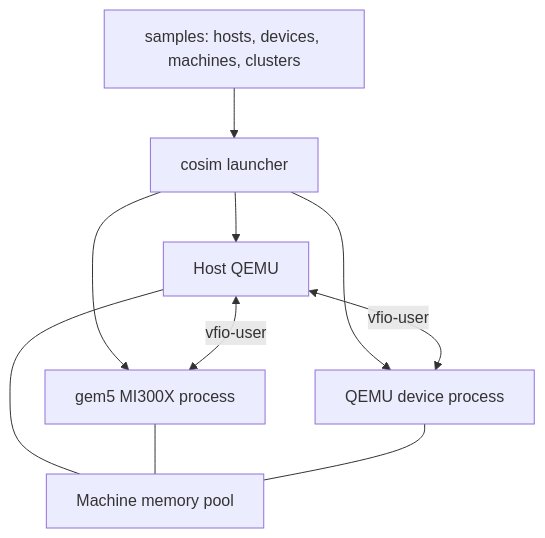
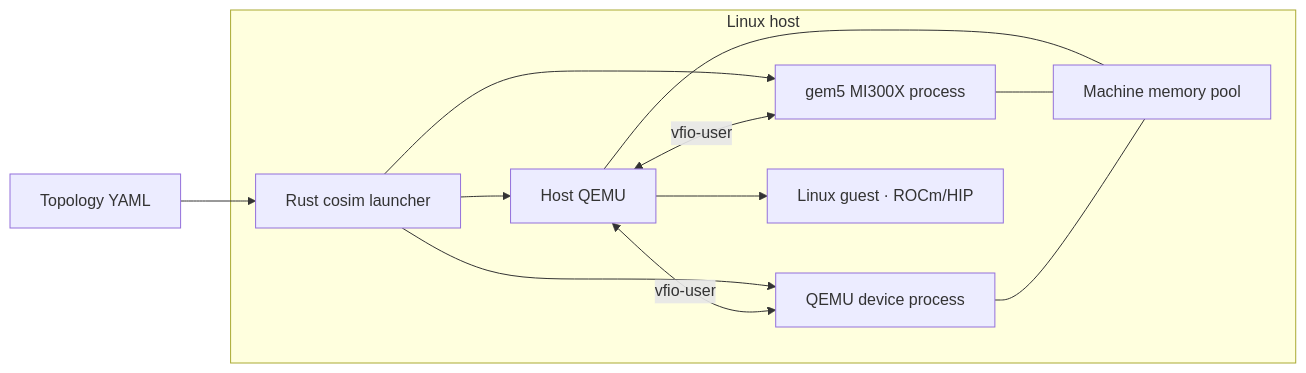
One commit to chengchen512/cosim-gpu changed the diagram in README.md. Above: the diagram before and after it, drawn with Mermaid. The commit also changed other lines of this file and 1 other file, not shown here.

````diff
--- a/README.md
+++ b/README.md
@@ -10,12 +33,16 @@
-```mermaid
-flowchart TD
-    YAML[samples: hosts, devices, machines, clusters] --> CLI[cosim launcher]
-    CLI --> H[Host QEMU]
-    CLI --> G[gem5 MI300X process]
-    CLI --> Q[QEMU device process]
-    H <-->|vfio-user| G
-    H <-->|vfio-user| Q
-    H --- P[Machine memory pool]
-    G --- P
-    Q --- P
-```
+~~~mermaid
+flowchart LR
+    YAML[Topology YAML] --> CLI[Rust cosim launcher]
+
+    subgraph Linux host
+        CLI --> H[Host QEMU]
+        CLI --> G[gem5 MI300X process]
+        CLI --> Q[QEMU device process]
+        H <-->|vfio-user| G
+        H <-->|vfio-user| Q
+        H --- P[Machine memory pool]
+        G --- P
+        Q --- P
+        H --> Guest[Linux guest · ROCm/HIP]
+    end
+~~~
````
